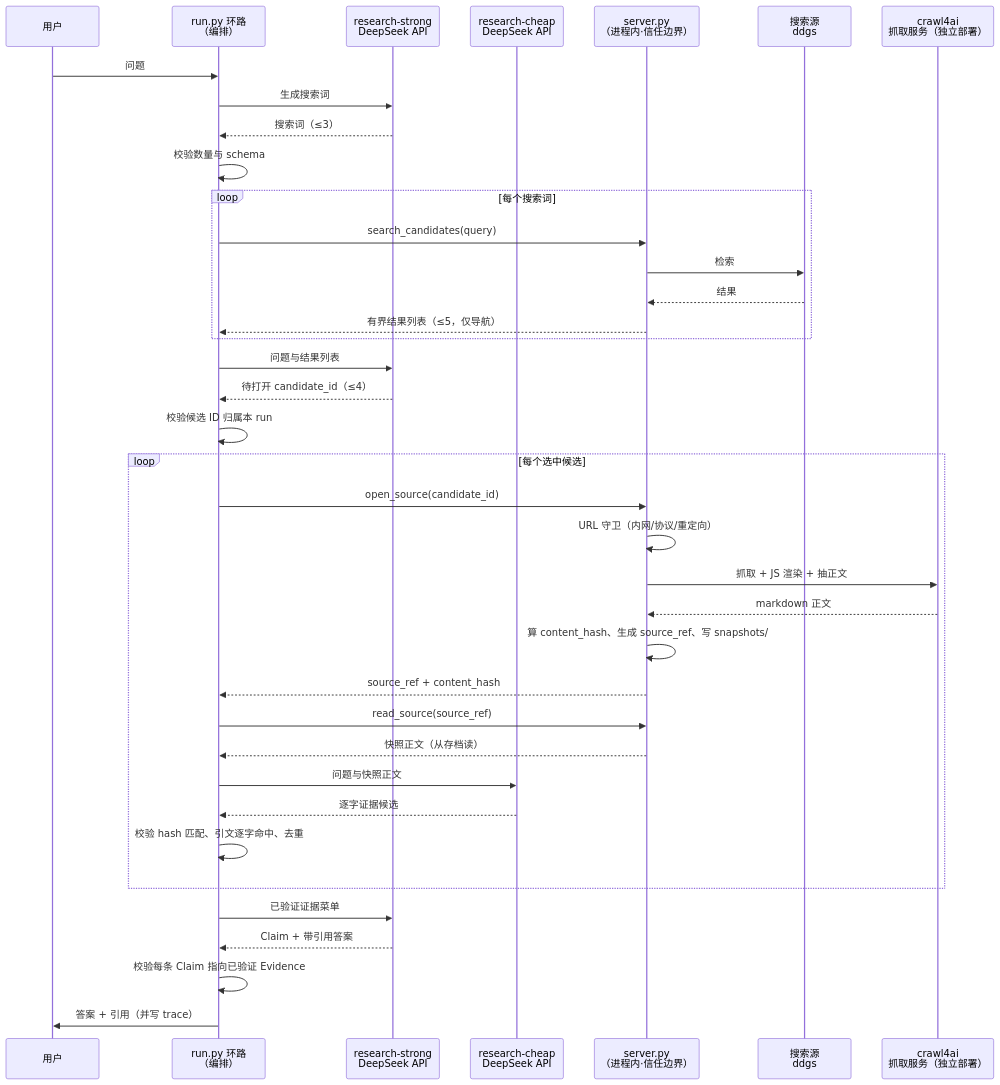
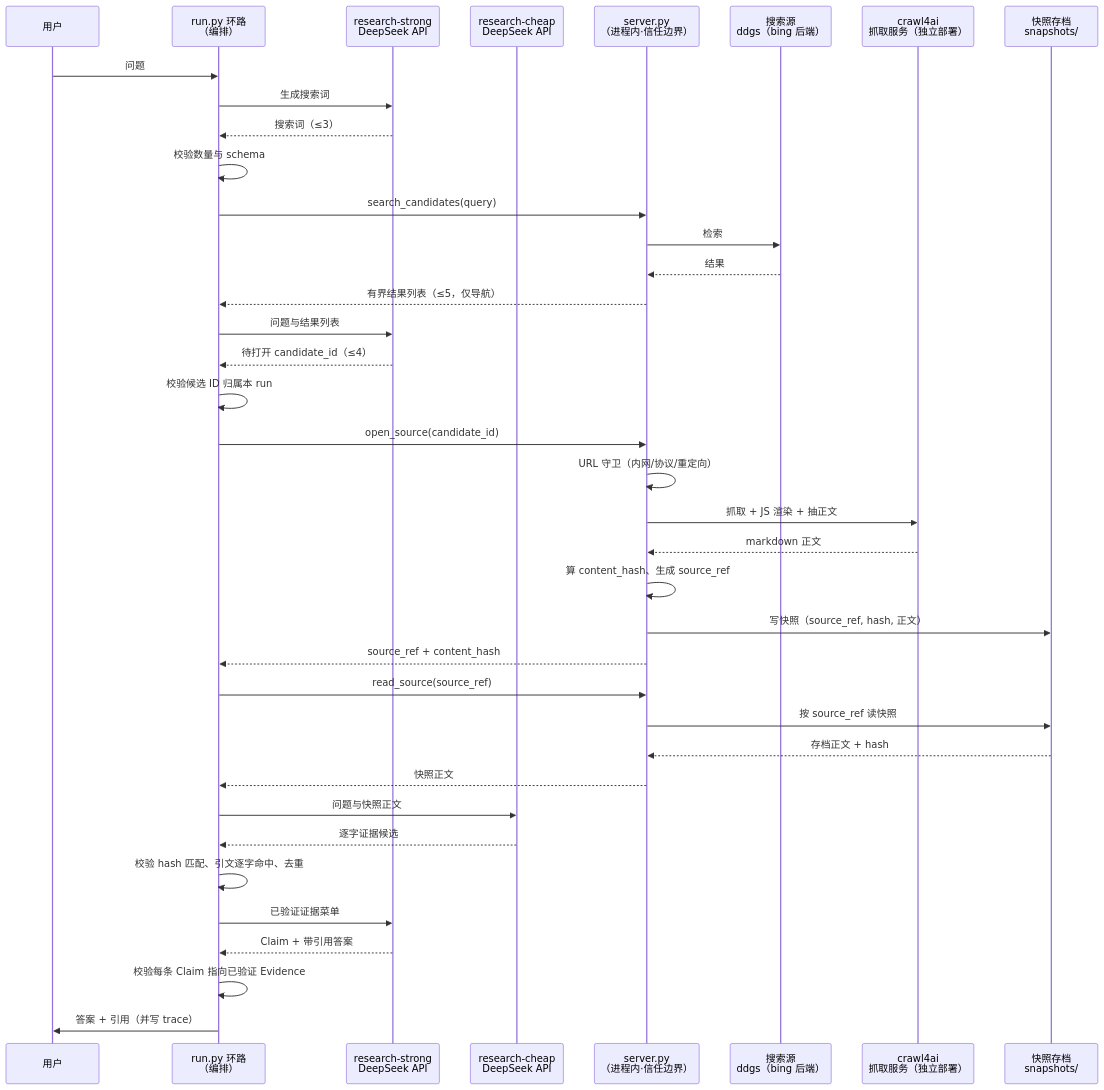
One commit to SuperCatQR/traceable-research-runtime changed the diagram in docs/validation-poc.md. Above: the diagram before and after it, drawn with Mermaid. The commit also changed other lines of this file, not shown here.

Commit message:
时序图加快照存档(DB)参与者、显式读写；去掉全部 loop 改线性单次流程

````diff
--- a/docs/validation-poc.md
+++ b/docs/validation-poc.md
@@ -106,41 +106,41 @@
 ```mermaid
 sequenceDiagram
     participant U as 用户
     participant R as run.py 环路<br/>（编排）
     participant S as research-strong<br/>DeepSeek API
     participant C as research-cheap<br/>DeepSeek API
     participant SRV as server.py<br/>（进程内·信任边界）
-    participant SE as 搜索源<br/>ddgs
+    participant SE as 搜索源<br/>ddgs（bing 后端）
     participant CR as crawl4ai<br/>抓取服务（独立部署）
+    participant DB as 快照存档<br/>snapshots/
 
     U->>R: 问题
     R->>S: 生成搜索词
     S-->>R: 搜索词（≤3）
     R->>R: 校验数量与 schema
-    loop 每个搜索词
-        R->>SRV: search_candidates(query)
-        SRV->>SE: 检索
-        SE-->>SRV: 结果
-        SRV-->>R: 有界结果列表（≤5，仅导航）
-    end
+    R->>SRV: search_candidates(query)
+    SRV->>SE: 检索
+    SE-->>SRV: 结果
+    SRV-->>R: 有界结果列表（≤5，仅导航）
     R->>S: 问题与结果列表
     S-->>R: 待打开 candidate_id（≤4）
     R->>R: 校验候选 ID 归属本 run
-    loop 每个选中候选
-        R->>SRV: open_source(candidate_id)
-        SRV->>SRV: URL 守卫（内网/协议/重定向）
-        SRV->>CR: 抓取 + JS 渲染 + 抽正文
-        CR-->>SRV: markdown 正文
-        SRV->>SRV: 算 content_hash、生成 source_ref、写 snapshots/
-        SRV-->>R: source_ref + content_hash
-        R->>SRV: read_source(source_ref)
-        SRV-->>R: 快照正文（从存档读）
-        R->>C: 问题与快照正文
-        C-->>R: 逐字证据候选
-        R->>R: 校验 hash 匹配、引文逐字命中、去重
-    end
+    R->>SRV: open_source(candidate_id)
+    SRV->>SRV: URL 守卫（内网/协议/重定向）
+    SRV->>CR: 抓取 + JS 渲染 + 抽正文
+    CR-->>SRV: markdown 正文
+    SRV->>SRV: 算 content_hash、生成 source_ref
+    SRV->>DB: 写快照（source_ref, hash, 正文）
+    SRV-->>R: source_ref + content_hash
+    R->>SRV: read_source(source_ref)
+    SRV->>DB: 按 source_ref 读快照
+    DB-->>SRV: 存档正文 + hash
+    SRV-->>R: 快照正文
+    R->>C: 问题与快照正文
+    C-->>R: 逐字证据候选
+    R->>R: 校验 hash 匹配、引文逐字命中、去重
     R->>S: 已验证证据菜单
     S-->>R: Claim + 带引用答案
     R->>R: 校验每条 Claim 指向已验证 Evidence
     R->>U: 答案 + 引用（并写 trace）
 ```
````
